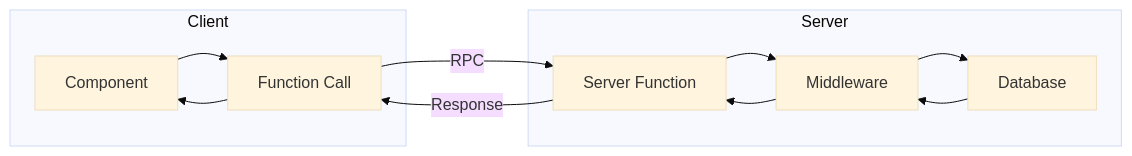
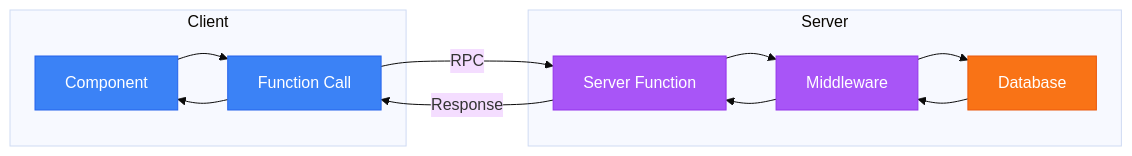
Before and after one commit to Natural-Highs/live: the diagram in docs/project/06-server-functions.md, drawn with Mermaid (base theme). The commit also changed 11 other files, not shown here.

````diff
--- a/docs/project/06-server-functions.md
+++ b/docs/project/06-server-functions.md
@@ -8,22 +8,28 @@
 ```mermaid
 flowchart LR
     subgraph CLIENT["Client"]
         COMP[Component]
         CALL[Function Call]
     end
 
     subgraph SERVER["Server"]
         SF[Server Function]
         MW[Middleware]
         DB[Database]
     end
 
     COMP --> CALL
     CALL -->|RPC| SF
     SF --> MW
     MW --> DB
     DB --> MW
     MW --> SF
     SF -->|Response| CALL
     CALL --> COMP
+
+    style COMP fill:#3b82f6,stroke:#2563eb,color:#fff
+    style CALL fill:#3b82f6,stroke:#2563eb,color:#fff
+    style SF fill:#a855f7,stroke:#9333ea,color:#fff
+    style MW fill:#a855f7,stroke:#9333ea,color:#fff
+    style DB fill:#f97316,stroke:#ea580c,color:#fff
 ```
````
